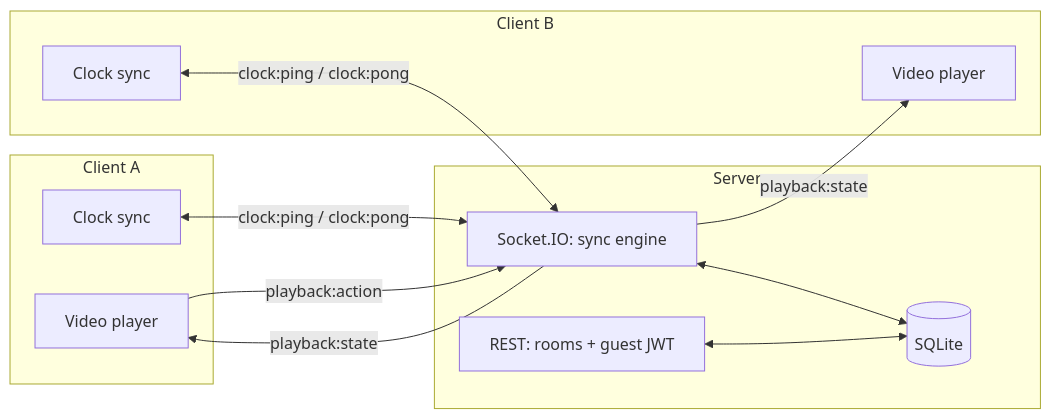
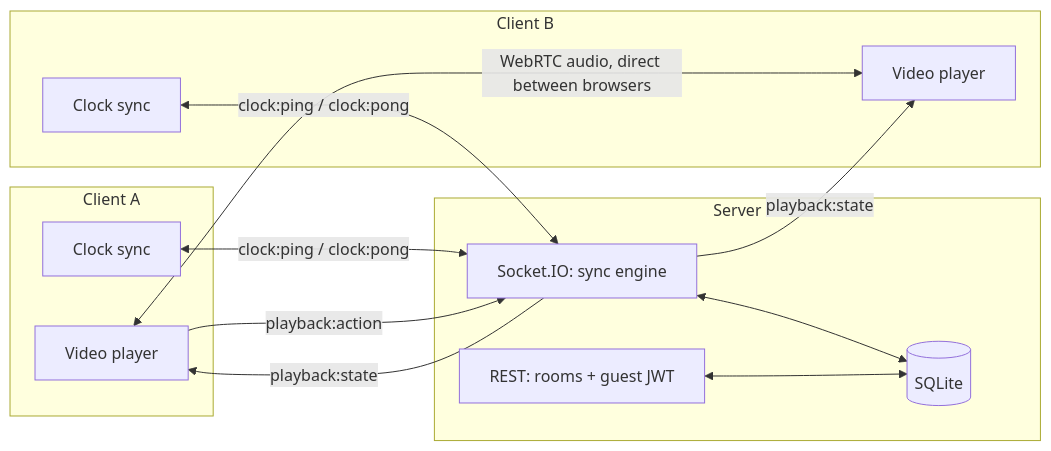
Before and after one commit to Nandita-Dash/Watch-party: the diagram in README.md, drawn with Mermaid. The commit also changed other lines of this file and 3 other files, not shown here.

````diff
--- a/README.md
+++ b/README.md
@@ -52,24 +66,25 @@
 ```mermaid
 flowchart LR
     subgraph Client A
         VA[Video player]
         CA[Clock sync]
     end
     subgraph Client B
         VB[Video player]
         CB[Clock sync]
     end
     subgraph Server
         API[REST: rooms + guest JWT]
         WS[Socket.IO: sync engine]
         DB[(SQLite)]
     end
 
     CA <-- clock:ping / clock:pong --> WS
     CB <-- clock:ping / clock:pong --> WS
     VA -- playback:action --> WS
     WS -- playback:state --> VA
     WS -- playback:state --> VB
     WS <--> DB
     API <--> DB
+    VA <-- WebRTC audio, direct between browsers --> VB
 ```
````
